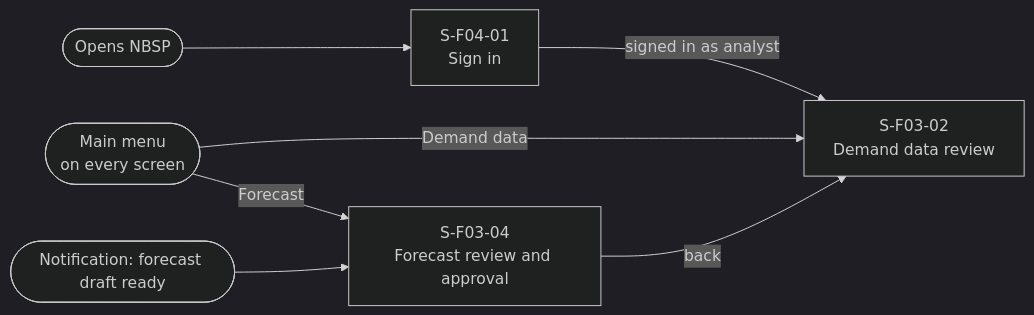
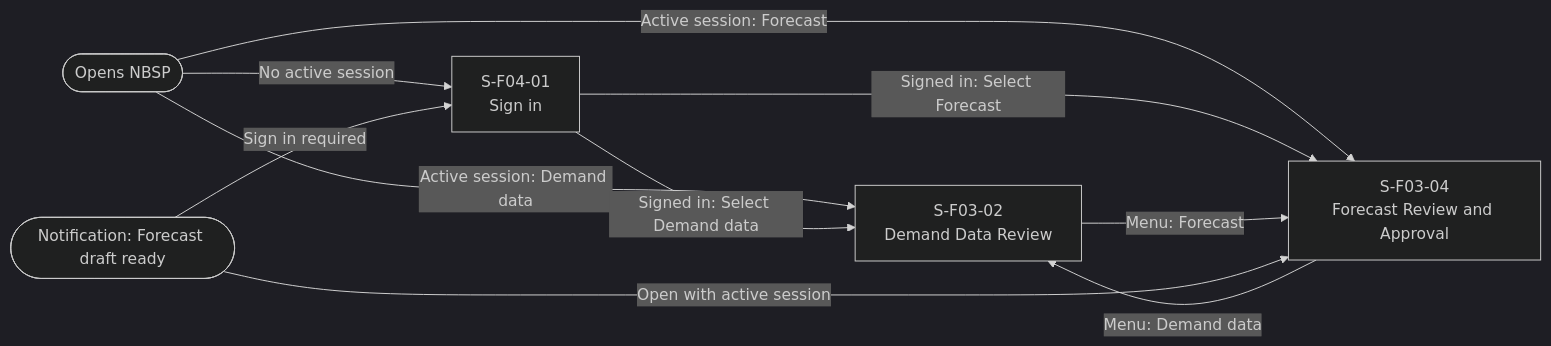
One commit to Nhan2772/DBIZ2-GROUPC-NationalBloodSupplyPlatform changed the third of 4 diagrams in external-design/screen-transition/screen-transition.md. Above: the diagram before and after it, drawn with Mermaid (dark theme).

````diff
--- a/external-design/screen-transition/screen-transition.md
+++ b/external-design/screen-transition/screen-transition.md
@@ -65,15 +65,23 @@
 ```mermaid
 flowchart LR
-  entry(["Opens NBSP"])
-  draft(["Notification: forecast draft ready"])
-  nav(["Main menu<br>on every screen"])
-  S00_01["S-F04-01<br>Sign in"]
-  S03_02["S-F03-02<br>Demand data review"]
-  S03_04["S-F03-04<br>Forecast review and approval"]
-  entry --> S00_01
-  S00_01 -->|"signed in as analyst"| S03_02
-  nav -->|"Demand data"| S03_02
-  nav -->|"Forecast"| S03_04
-  draft --> S03_04
-  S03_04 -->|"back"| S03_02
+    ENTRY(["Opens NBSP"])
+    NOTICE(["Notification: Forecast draft ready"])
+
+    S_F04_01["S-F04-01<br>Sign in"]
+    S_F03_02["S-F03-02<br>Demand Data Review"]
+    S_F03_04["S-F03-04<br>Forecast Review and Approval"]
+
+    ENTRY -->|"No active session"| S_F04_01
+    ENTRY -->|"Active session: Demand data"| S_F03_02
+    ENTRY -->|"Active session: Forecast"| S_F03_04
+
+    S_F04_01 -->|"Signed in: Select Demand data"| S_F03_02
+    S_F04_01 -->|"Signed in: Select Forecast"| S_F03_04
+
+    S_F03_02 -->|"Menu: Forecast"| S_F03_04
+    S_F03_04 -->|"Menu: Demand data"| S_F03_02
+
+    NOTICE -->|"Open with active session"| S_F03_04
+    NOTICE -->|"Sign in required"| S_F04_01
+
 ```
````
